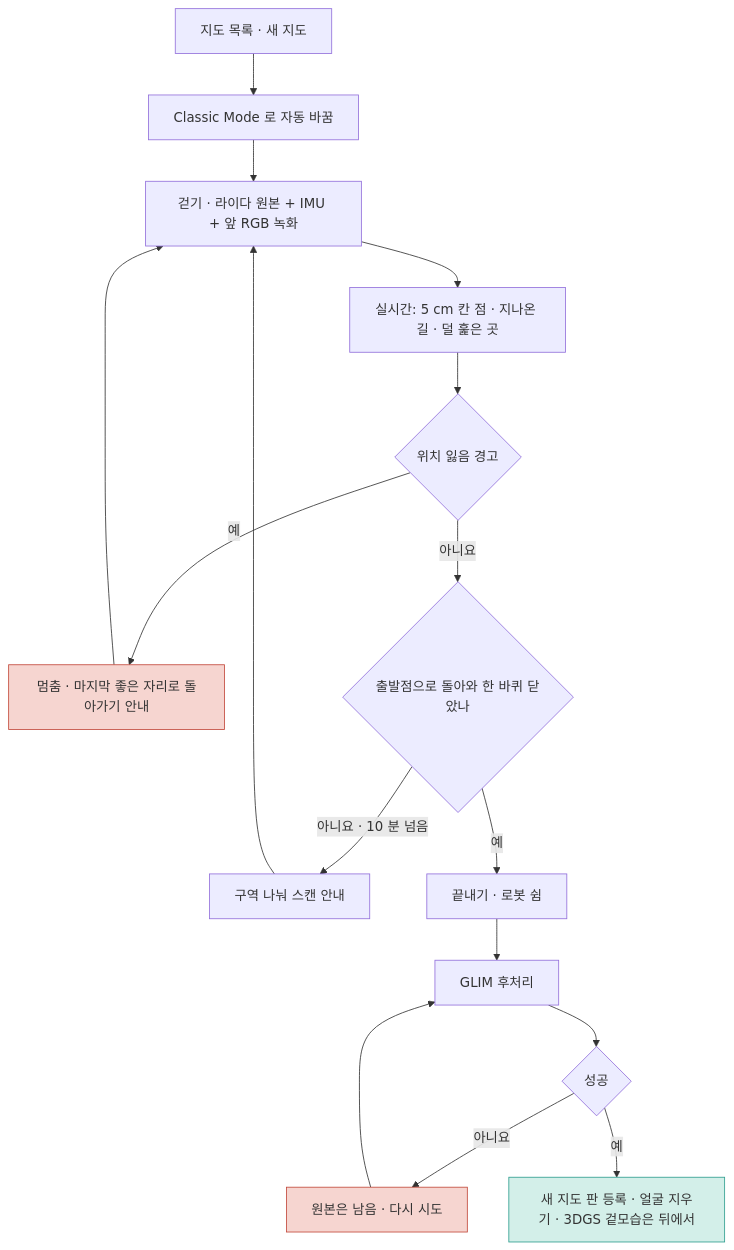
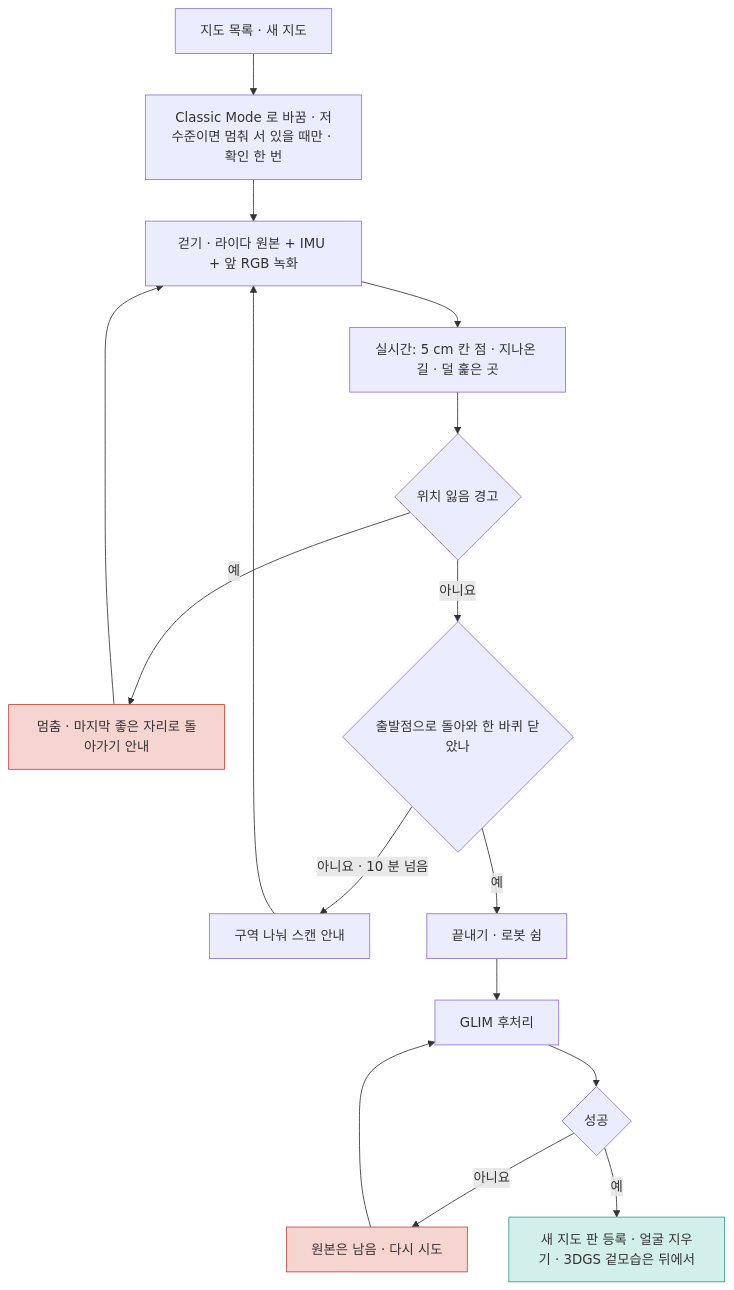
The third of 8 diagrams in inbox/jay/20261119-app-design/FLOWS.md (foothold-project/foothold-lab), drawn with Mermaid before and after one commit. The commit also changed other lines of this file and 3 other files, not shown here.

````diff
--- a/inbox/jay/20261119-app-design/FLOWS.md
+++ b/inbox/jay/20261119-app-design/FLOWS.md
@@ -52,20 +52,20 @@
 ```mermaid
 flowchart TD
-  A[지도 목록 · 새 지도] --> B[Classic Mode 로 자동 바꿈]
+  A[지도 목록 · 새 지도] --> B[Classic Mode 로 바꿈 · 저수준이면 멈춰 서 있을 때만 · 확인 한 번]
   B --> C[걷기 · 라이다 원본 + IMU + 앞 RGB 녹화]
   C --> D[실시간: 5 cm 칸 점 · 지나온 길 · 덜 훑은 곳]
   D --> E{위치 잃음 경고}
   E -->|예| F[멈춤 · 마지막 좋은 자리로 돌아가기 안내]:::bad
   F --> C
   E -->|아니요| G{출발점으로 돌아와 한 바퀴 닫았나}
   G -->|아니요 · 10 분 넘음| H[구역 나눠 스캔 안내]
   H --> C
   G -->|예| I[끝내기 · 로봇 쉼]
   I --> J[GLIM 후처리]
   J --> K{성공}
   K -->|아니요| L[원본은 남음 · 다시 시도]:::bad
   L --> J
   K -->|예| M[새 지도 판 등록 · 얼굴 지우기 · 3DGS 겉모습은 뒤에서]:::ok
   classDef bad fill:#f6d5d0,stroke:#c2493b
   classDef ok fill:#d3efe9,stroke:#2f9e8f
 ```
````
